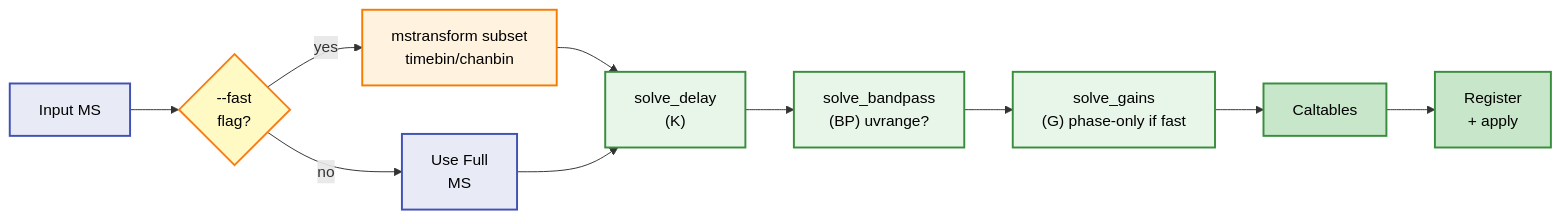
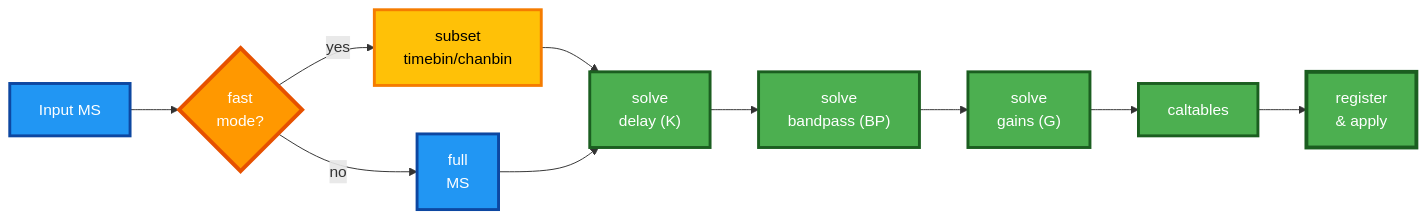
The third of 4 diagrams in docs/concepts/pipeline_overview.md (dsa110/dsa110-contimg), drawn with Mermaid before and after one commit. The commit also changed other lines of this file and 326 other files, not shown here.

````diff
--- a/docs/concepts/pipeline_overview.md
+++ b/docs/concepts/pipeline_overview.md
@@ -73,22 +100,33 @@
 ```mermaid
 flowchart LR
-  MSIn["Input MS"] --> Fast{"--fast<br/>flag?"}
-  Fast -->|yes| Subset["mstransform subset<br/>timebin/chanbin"]
-  Fast -->|no| Full["Use Full<br/>MS"]
-  Subset --> K["solve_delay<br/>(K)"]
+  MSIn["Input MS"] --> Fast{"fast<br/>mode?"}
+  Fast -->|yes| Subset["subset<br/>timebin/chanbin"]
+  Fast -->|no| Full["full<br/>MS"]
+  Subset --> K["solve<br/>delay (K)"]
   Full --> K
-  K --> BP["solve_bandpass<br/>(BP) uvrange?"]
-  BP --> G["solve_gains<br/>(G) phase-only if fast"]
-  G --> Tabs["Caltables"]
-  Tabs --> Reg["Register<br/>+ apply"]
+  K --> BP["solve<br/>bandpass (BP)"]
+  BP --> G["solve<br/>gains (G)"]
+  G --> Tabs["caltables"]
+  Tabs --> Reg["register<br/>& apply"]
   
-  style MSIn fill:#E8EAF6,stroke:#3F51B5,stroke-width:2px,color:#000
-  style Fast fill:#FFF9C4,stroke:#F57F17,stroke-width:2px,color:#000
-  style Subset fill:#FFF3E0,stroke:#F57C00,stroke-width:2px,color:#000
-  style Full fill:#E8EAF6,stroke:#3F51B5,stroke-width:2px,color:#000
-  style K fill:#E8F5E9,stroke:#388E3C,stroke-width:2px,color:#000
-  style BP fill:#E8F5E9,stroke:#388E3C,stroke-width:2px,color:#000
-  style G fill:#E8F5E9,stroke:#388E3C,stroke-width:2px,color:#000
-  style Tabs fill:#C8E6C9,stroke:#388E3C,stroke-width:2px,color:#000
-  style Reg fill:#C8E6C9,stroke:#388E3C,stroke-width:2px,color:#000
+  %% Input - blue
+  style MSIn fill:#2196F3,stroke:#0D47A1,stroke-width:3px,color:#FFF
+  
+  %% Decision point - bright orange, prominent
+  style Fast fill:#FF9800,stroke:#E65100,stroke-width:4px,color:#FFF
+  
+  %% Fast path - orange/yellow
+  style Subset fill:#FFC107,stroke:#F57C00,stroke-width:3px,color:#000
+  
+  %% Full path - blue
+  style Full fill:#2196F3,stroke:#0D47A1,stroke-width:3px,color:#FFF
+  
+  %% Calibration steps - vibrant green
+  style K fill:#4CAF50,stroke:#1B5E20,stroke-width:3px,color:#FFF
+  style BP fill:#4CAF50,stroke:#1B5E20,stroke-width:3px,color:#FFF
+  style G fill:#4CAF50,stroke:#1B5E20,stroke-width:3px,color:#FFF
+  
+  %% Output - success green
+  style Tabs fill:#4CAF50,stroke:#1B5E20,stroke-width:3px,color:#FFF
+  style Reg fill:#4CAF50,stroke:#1B5E20,stroke-width:4px,color:#FFF
 ```
````
